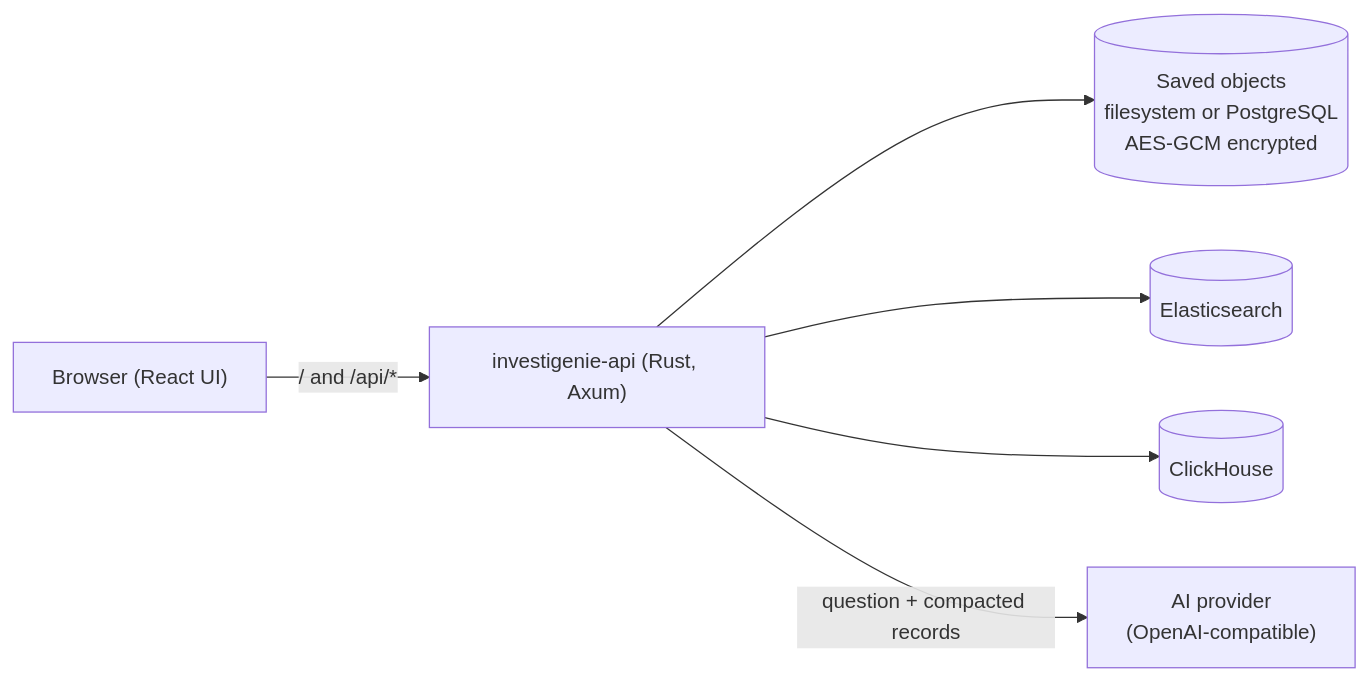
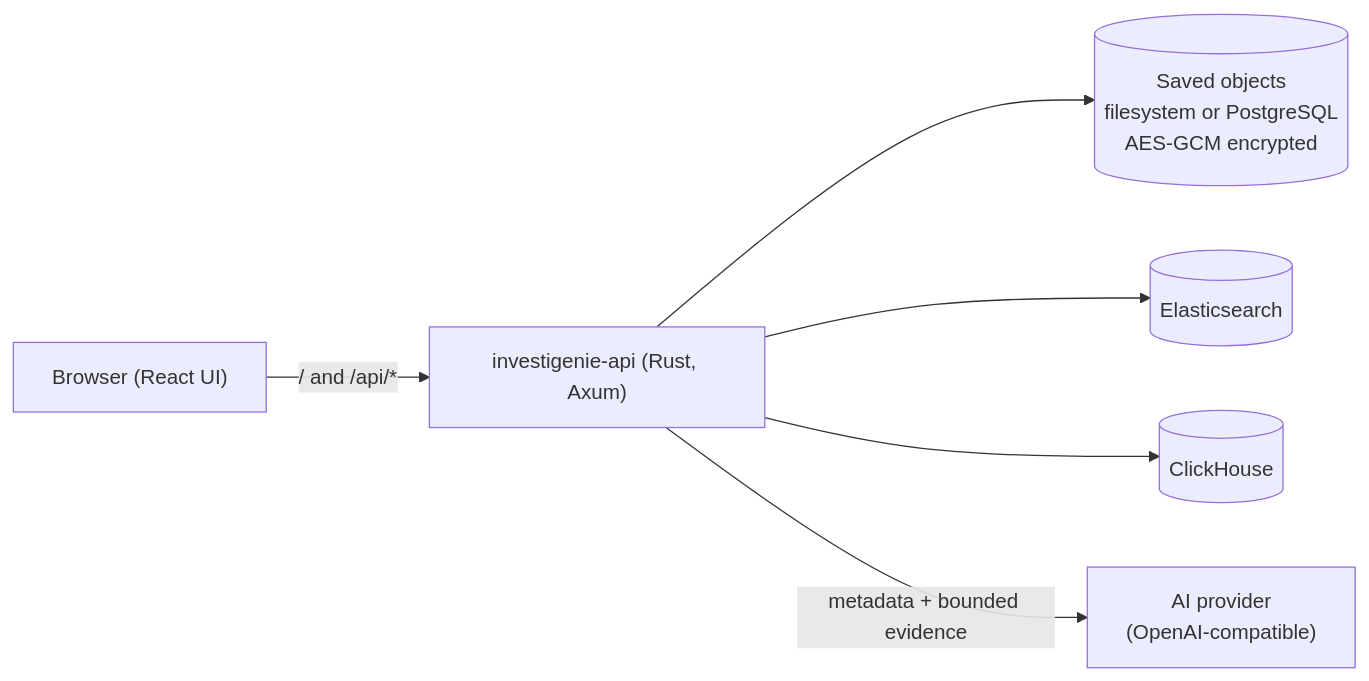
The diagram in docs/architecture.md (InvestiGenie/investigenie), drawn with Mermaid before and after one commit. The commit also changed other lines of this file and 6 other files, not shown here.

````diff
--- a/docs/architecture.md
+++ b/docs/architecture.md
@@ -5,8 +5,8 @@
 ```mermaid
 flowchart LR
   Browser["Browser (React UI)"] -->|"/ and /api/*"| API["investigenie-api (Rust, Axum)"]
   API --> Store[("Saved objects<br/>filesystem or PostgreSQL<br/>AES-GCM encrypted")]
   API --> ES[(Elasticsearch)]
   API --> CH[(ClickHouse)]
-  API -->|"question + compacted records"| LLM["AI provider<br/>(OpenAI-compatible)"]
+  API -->|"metadata + bounded evidence"| LLM["AI provider<br/>(OpenAI-compatible)"]
 ```
````
